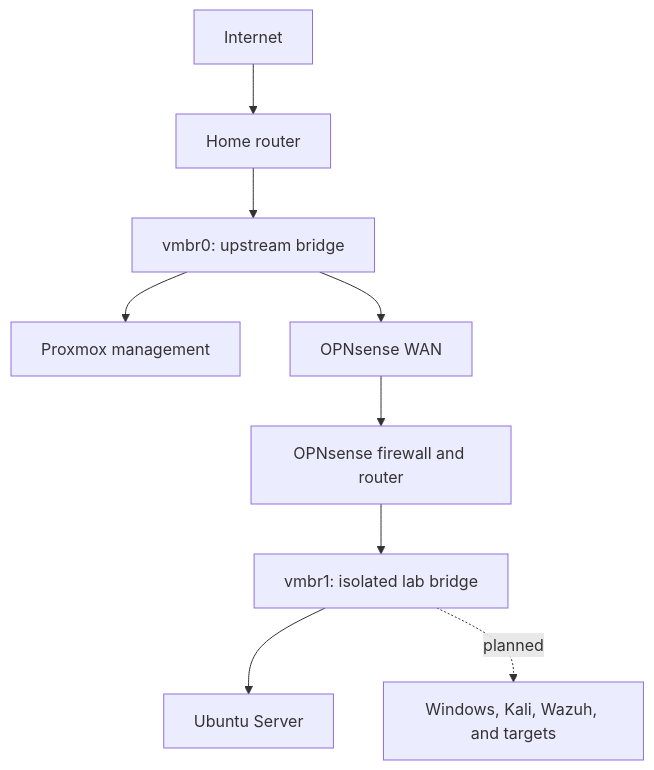
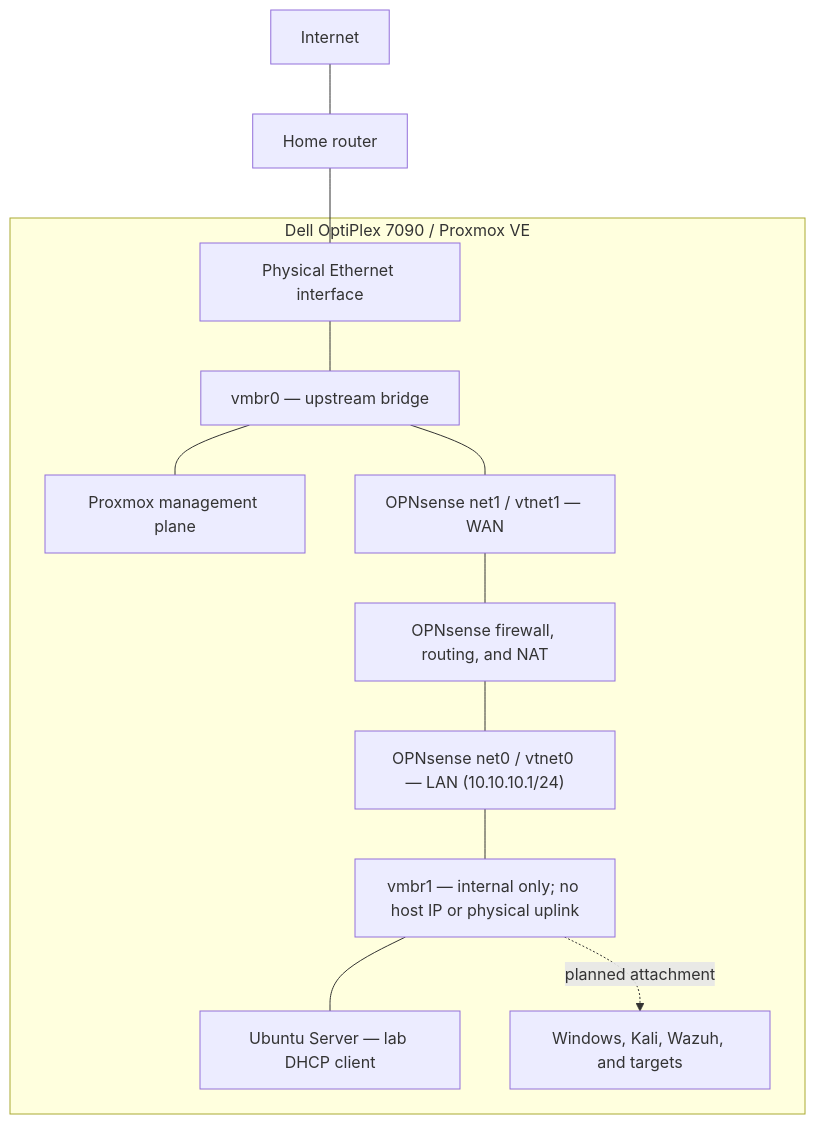
One commit to dalen-green/proxmox-cybersecurity-homelab changed the first of 2 diagrams in docs/architecture.md. Above: the diagram before and after it, drawn with Mermaid. The commit also changed other lines of this file and 3 other files, not shown here.

First line of the commit message:
Align network topology diagrams and interface mappings

````diff
--- a/docs/architecture.md
+++ b/docs/architecture.md
@@ -40,11 +40,15 @@
 ```mermaid
 flowchart TD
-    I["Internet"] --> R["Home router"]
-    R --> B0["vmbr0: upstream bridge"]
-    B0 --> P["Proxmox management"]
-    B0 --> W["OPNsense WAN"]
-    W --> F["OPNsense firewall and router"]
-    F --> B1["vmbr1: isolated lab bridge"]
-    B1 --> U["Ubuntu Server"]
-    B1 -. "planned" .-> X["Windows, Kali, Wazuh, and targets"]
+    I["Internet"] --- R["Home router"]
+    subgraph H["Dell OptiPlex 7090 / Proxmox VE"]
+        N["Physical Ethernet interface"] --- B0["vmbr0 — upstream bridge"]
+        B0 --- P["Proxmox management plane"]
+        B0 --- W["OPNsense net1 / vtnet1 — WAN"]
+        W --- F["OPNsense firewall, routing, and NAT"]
+        F --- L["OPNsense net0 / vtnet0 — LAN (10.10.10.1/24)"]
+        L --- B1["vmbr1 — internal only; no host IP or physical uplink"]
+        B1 --- U["Ubuntu Server — lab DHCP client"]
+        B1 -. "planned attachment" .-> X["Windows, Kali, Wazuh, and targets"]
+    end
+    R --- N
 ```
````
